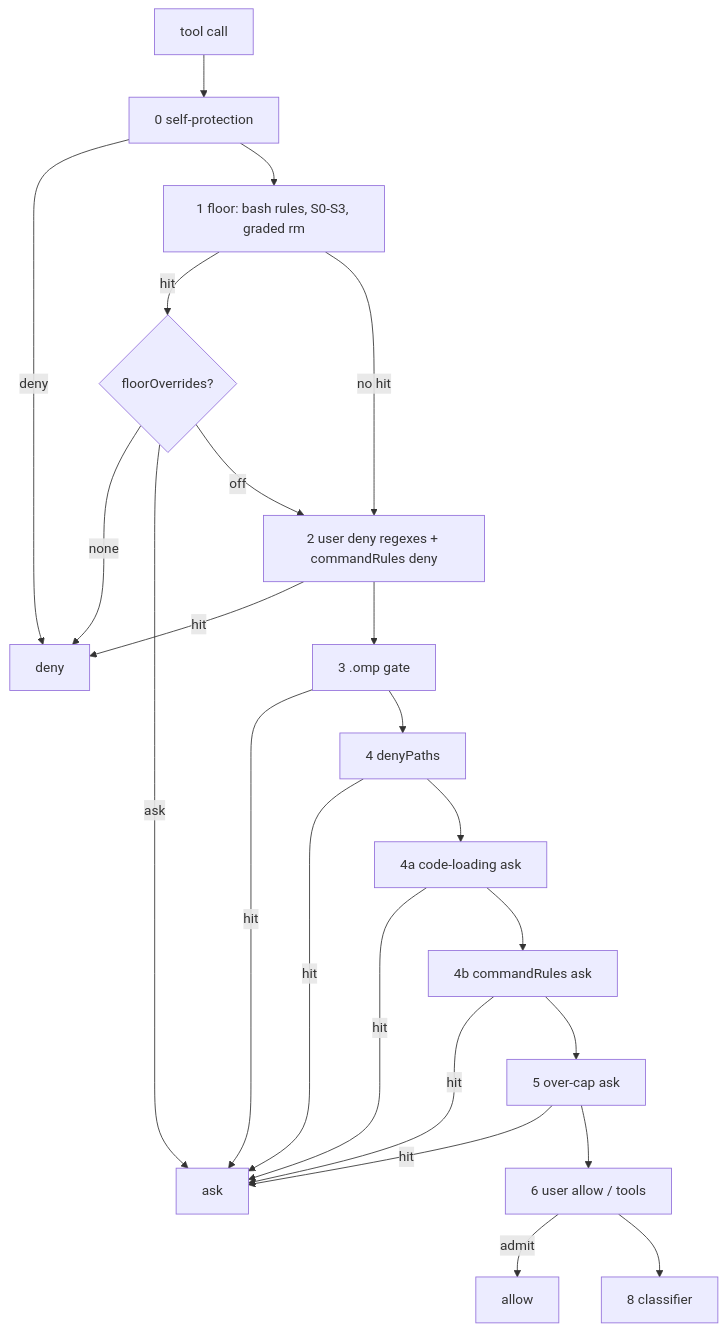
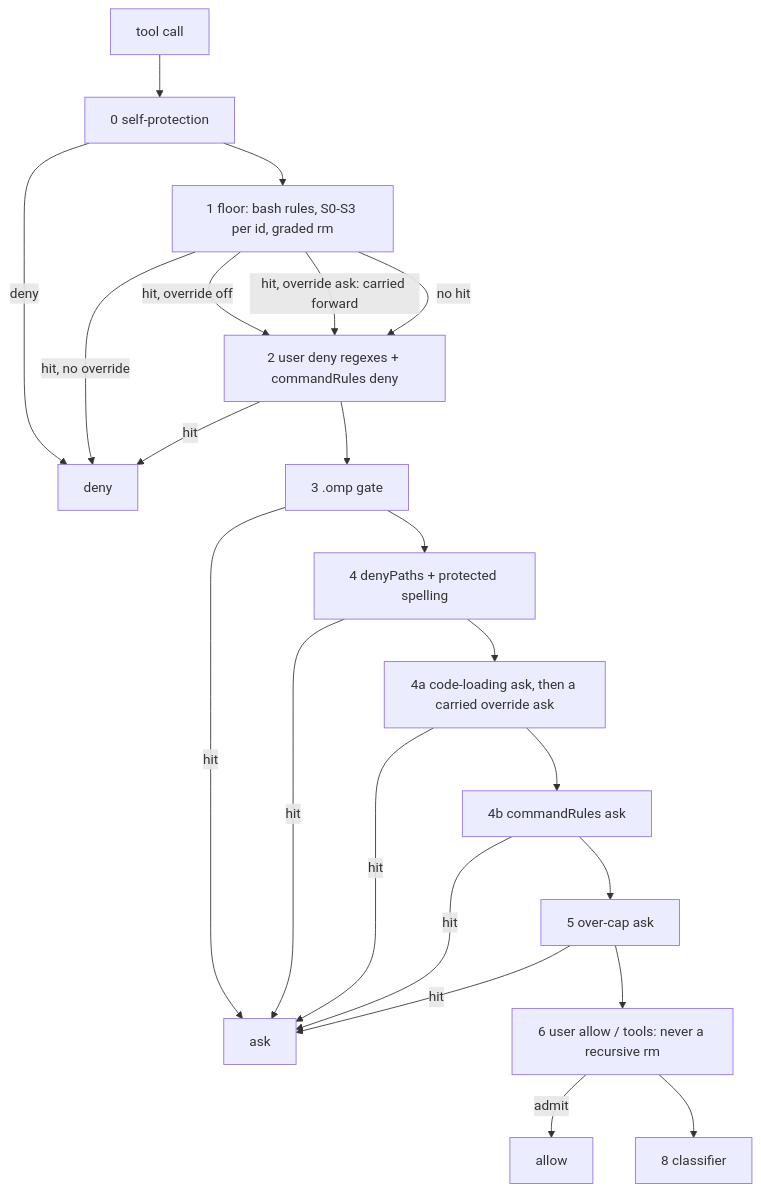
One commit to jonatsu/pi-verdict changed the diagram in docs/adr/0013-configurable-rules.md. Above: the diagram before and after it, drawn with Mermaid. The commit also changed other lines of this file and 2 other files, not shown here.

First line of the commit message:
docs(adr): revise ADR-0013 after its architecture review

````diff
--- a/docs/adr/0013-configurable-rules.md
+++ b/docs/adr/0013-configurable-rules.md
@@ -135,25 +185,24 @@
 ```mermaid
 flowchart TD
     call[tool call] --> sp[0 self-protection]
     sp -->|deny| D[deny]
-    sp --> floor[1 floor: bash rules, S0-S3, graded rm]
-    floor -->|hit| ov{floorOverrides?}
-    ov -->|none| D
-    ov -->|ask| A[ask]
-    ov -->|off| udeny
+    sp --> floor[1 floor: bash rules, S0-S3 per id, graded rm]
+    floor -->|hit, no override| D
+    floor -->|hit, override off| udeny
+    floor -->|hit, override ask: carried forward| udeny
     floor -->|no hit| udeny[2 user deny regexes + commandRules deny]
     udeny -->|hit| D
     udeny --> omp[3 .omp gate]
-    omp -->|hit| A
-    omp --> dp[4 denyPaths]
+    omp -->|hit| A[ask]
+    omp --> dp[4 denyPaths + protected spelling]
     dp -->|hit| A
-    dp --> cl[4a code-loading ask]
-    cl -->|hit| A
-    cl --> cra[4b commandRules ask]
+    dp --> fa[4a code-loading ask, then a carried override ask]
+    fa -->|hit| A
+    fa --> cra[4b commandRules ask]
     cra -->|hit| A
     cra --> cap[5 over-cap ask]
     cap -->|hit| A
-    cap --> allow[6 user allow / tools]
+    cap --> allow[6 user allow / tools: never a recursive rm]
     allow -->|admit| AL[allow]
     allow --> gray[8 classifier]
 ```
````
